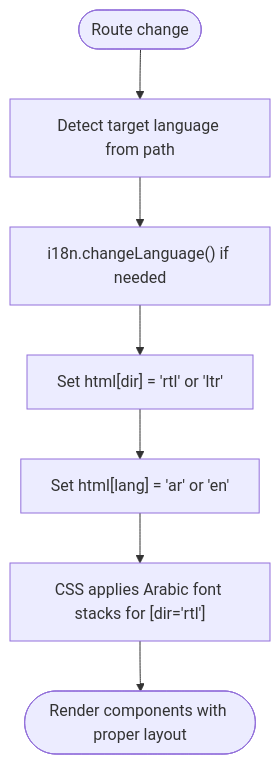
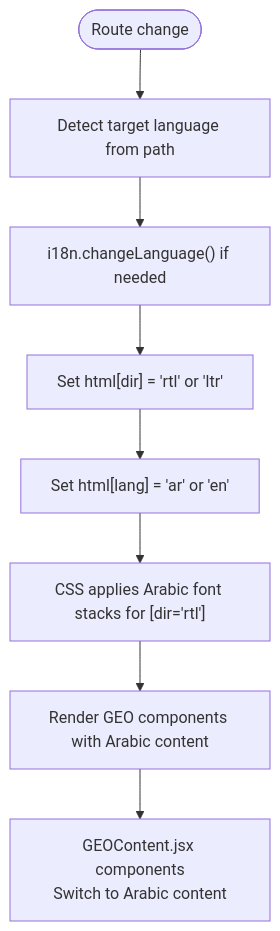
The fifth of 8 diagrams in .qoder/repowiki/en/content/Internationalization (i18n)/Internationalization (i18n).md (rumuze/landing-page), drawn with Mermaid before and after one commit. The commit also changed other lines of this file and 5 other files, not shown here.

````diff
--- a/.qoder/repowiki/en/content/Internationalization (i18n)/Internationalization (i18n).md
+++ b/.qoder/repowiki/en/content/Internationalization (i18n)/Internationalization (i18n).md
@@ -196,9 +296,10 @@
 ```mermaid
 flowchart TD
 Route(["Route change"]) --> Detect["Detect target language from path"]
 Detect --> SyncI18N["i18n.changeLanguage() if needed"]
 SyncI18N --> SetDir["Set html[dir] = 'rtl' or 'ltr'"]
 SetDir --> SetLang["Set html[lang] = 'ar' or 'en'"]
 SetLang --> ApplyCSS["CSS applies Arabic font stacks for [dir='rtl']"]
-ApplyCSS --> Render(["Render components with proper layout"])
+ApplyCSS --> RenderGEO["Render GEO components with Arabic content"]
+RenderGEO --> GEOComponents["GEOContent.jsx components<br/>Switch to Arabic content"]
 ```
````
